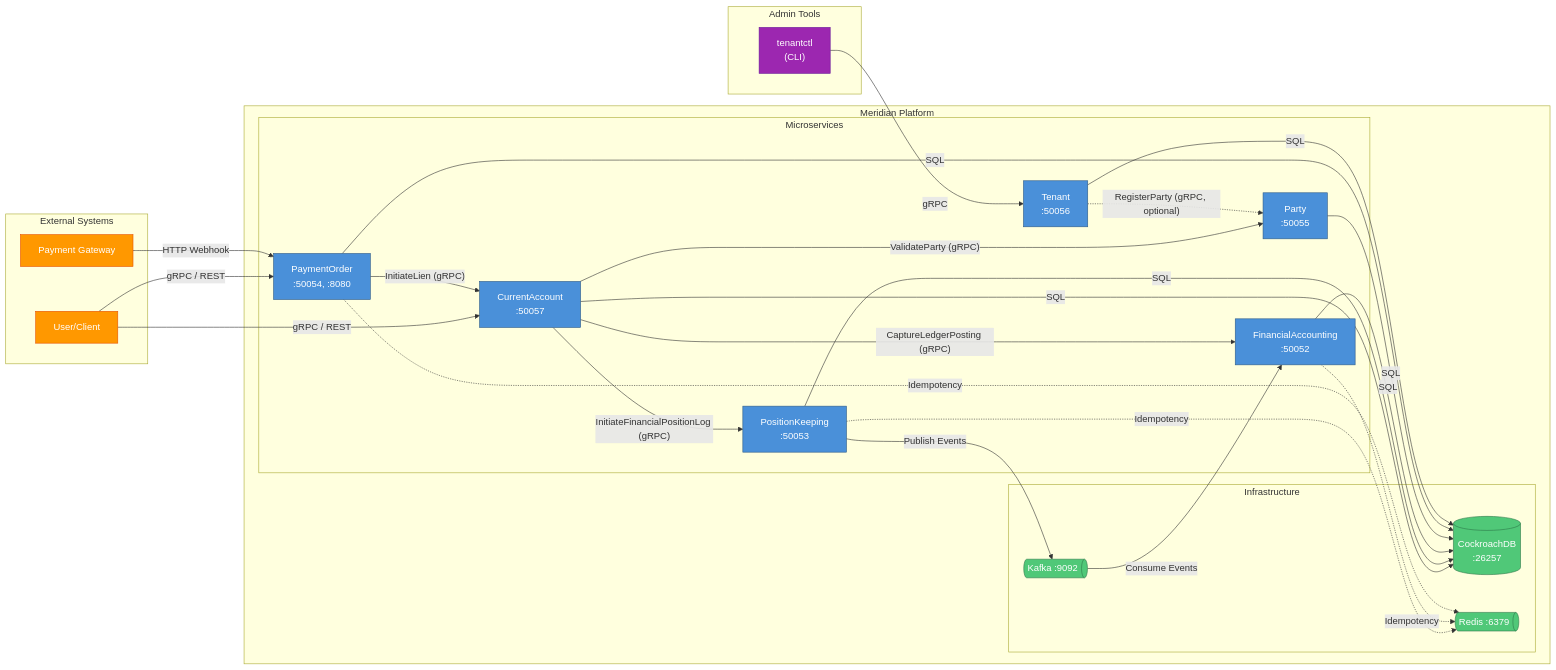
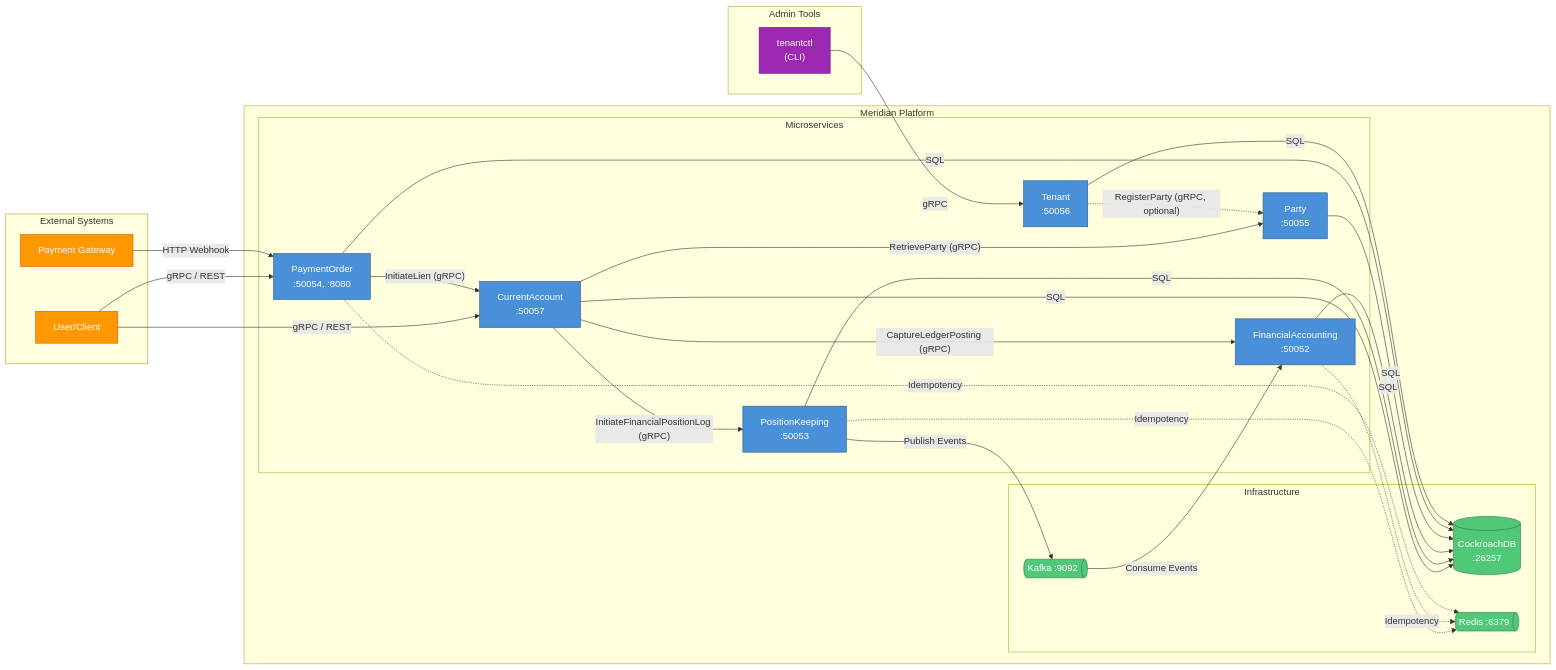
One commit to meridianhub/meridian changed the diagram in services/README.md. Above: the diagram before and after it, drawn with Mermaid. The commit also changed other lines of this file and 2 other files, not shown here.

````diff
--- a/services/README.md
+++ b/services/README.md
@@ -10,70 +10,70 @@
 ```mermaid
 flowchart LR
     subgraph External["External Systems"]
         User["User/Client"]
         Gateway["Payment Gateway"]
     end
 
     subgraph Admin["Admin Tools"]
         TenantCtl["tenantctl<br/>(CLI)"]
     end
 
     subgraph Platform["Meridian Platform"]
         subgraph Services["Microservices"]
             CA["CurrentAccount<br/>:50057"]
             PK["PositionKeeping<br/>:50053"]
             FA["FinancialAccounting<br/>:50052"]
             Party["Party<br/>:50055"]
             PO["PaymentOrder<br/>:50054, :8080"]
             Tenant["Tenant<br/>:50056"]
         end
 
         subgraph Infrastructure["Infrastructure"]
             DB[("CockroachDB<br/>:26257")]
             Kafka@{ shape: das, label: "Kafka :9092" }
             Redis@{ shape: das, label: "Redis :6379" }
         end
     end
 
     %% Admin tool connections
     TenantCtl -->|"gRPC"| Tenant
 
     %% External connections
     User -->|"gRPC / REST"| CA
     User -->|"gRPC / REST"| PO
     Gateway -->|"HTTP Webhook"| PO
 
     %% gRPC inter-service calls
-    CA -->|"ValidateParty (gRPC)"| Party
+    CA -->|"RetrieveParty (gRPC)"| Party
     CA -->|"InitiateFinancialPositionLog (gRPC)"| PK
     CA -->|"CaptureLedgerPosting (gRPC)"| FA
     PO -->|"InitiateLien (gRPC)"| CA
     Tenant -.->|"RegisterParty (gRPC, optional)"| Party
 
     %% Kafka event streaming
     PK -->|"Publish Events"| Kafka
     Kafka -->|"Consume Events"| FA
 
     %% Database connections
     CA -->|"SQL"| DB
     PK -->|"SQL"| DB
     FA -->|"SQL"| DB
     Party -->|"SQL"| DB
     PO -->|"SQL"| DB
     Tenant -->|"SQL"| DB
 
     %% Redis (optional idempotency)
     PK -.->|"Idempotency"| Redis
     FA -.->|"Idempotency"| Redis
     PO -.->|"Idempotency"| Redis
 
     classDef service fill:#4a90d9,stroke:#2d5a87,color:#fff
     classDef storage fill:#50c878,stroke:#2d7a4a,color:#fff
     classDef external fill:#ff9800,stroke:#e65100,color:#fff
     classDef admin fill:#9c27b0,stroke:#6a1b9a,color:#fff
 
     class CA,PK,FA,Party,PO,Tenant service
     class DB,Kafka,Redis storage
     class User,Gateway external
     class TenantCtl admin
 ```
````
